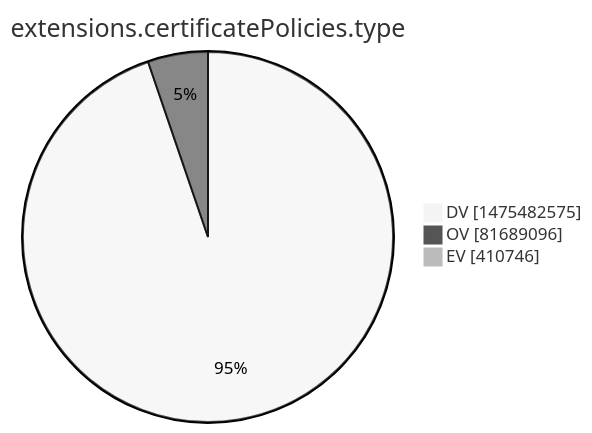
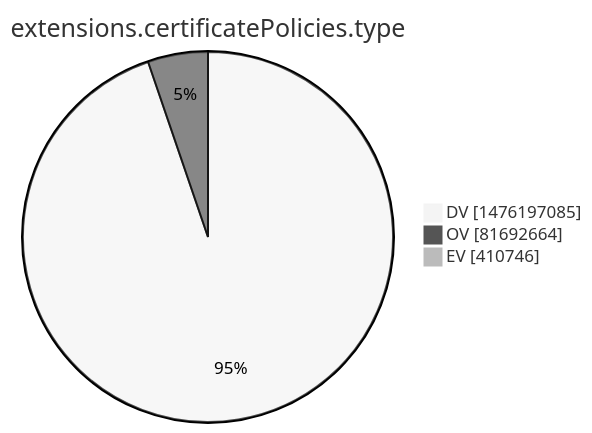
Before and after one commit to christiankrug/ctmonitor_visualization: the tenth of 15 diagrams in xenon2022/README.md, drawn with Mermaid (neutral theme). The commit also changed other lines of this file, not shown here.

````diff
--- a/xenon2022/README.md
+++ b/xenon2022/README.md
@@ -2873,7 +2873,7 @@
 ```mermaid
 pie showData
 title extensions.certificatePolicies.type
-"DV" :1475482575
-"OV" :81689096
+"DV" :1476197085
+"OV" :81692664
 "EV" :410746
 ```
````
